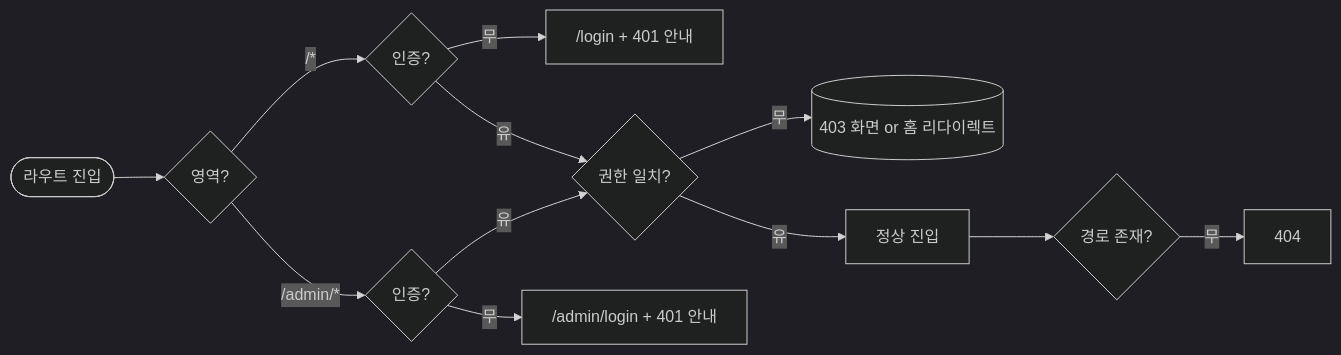
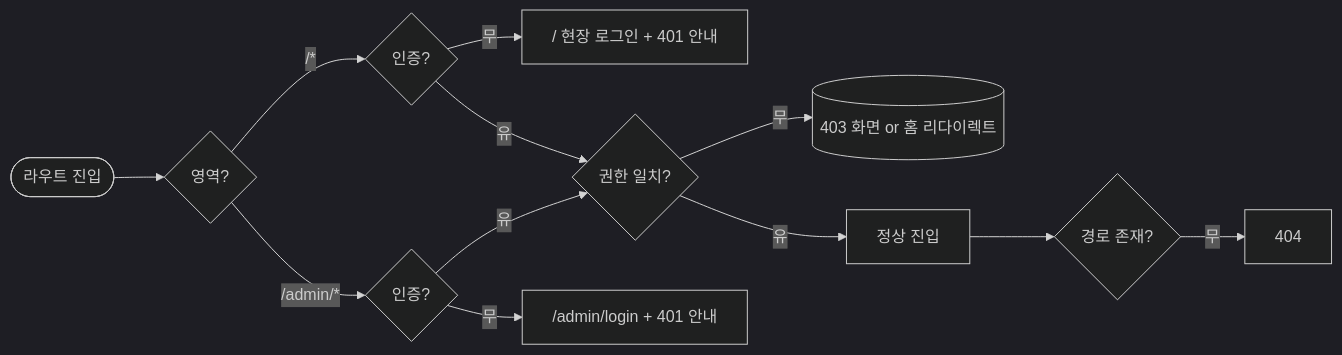
One commit to S-Tec-System-R-D/s-patrol_fe changed diagram 15 of 15 in docs/flow.md. Above: the diagram before and after it, drawn with Mermaid. The commit also changed other lines of this file and 6 other files, not shown here.

Commit message:
docs : 063 — spec · tasks(T1080~T1087 · 결정 표 · US3 다른 사이트 계정 차단) · CLAUDE.md B1 공개 영역 · screens 로그인 2행 · flow §0 규칙(020 착지 규칙 뒤집음) · 다이어그램 4곳 · overview · roadmap 063 행

````diff
--- a/docs/flow.md
+++ b/docs/flow.md
@@ -383,18 +379,18 @@
 ```mermaid
 %%{init: {'theme':'dark'}}%%
 flowchart LR
     Req([라우트 진입]) --> Area{영역?}
     Area -- "/*" --> G1A{인증?}
     Area -- "/admin/*" --> G1B{인증?}
 
-    G1A -- 무 --> L401A["/login + 401 안내"]
+    G1A -- 무 --> L401A["/ 현장 로그인 + 401 안내"]
     G1A -- 유 --> G2{권한 일치?}
     G1B -- 무 --> L401B["/admin/login + 401 안내"]
     G1B -- 유 --> G2
 
     G2 -- 무 --> P403[(403 화면 or 홈 리다이렉트)]
     G2 -- 유 --> Path[정상 진입]
 
     Path --> G3{경로 존재?}
     G3 -- 무 --> N404[404]
 ```
````
